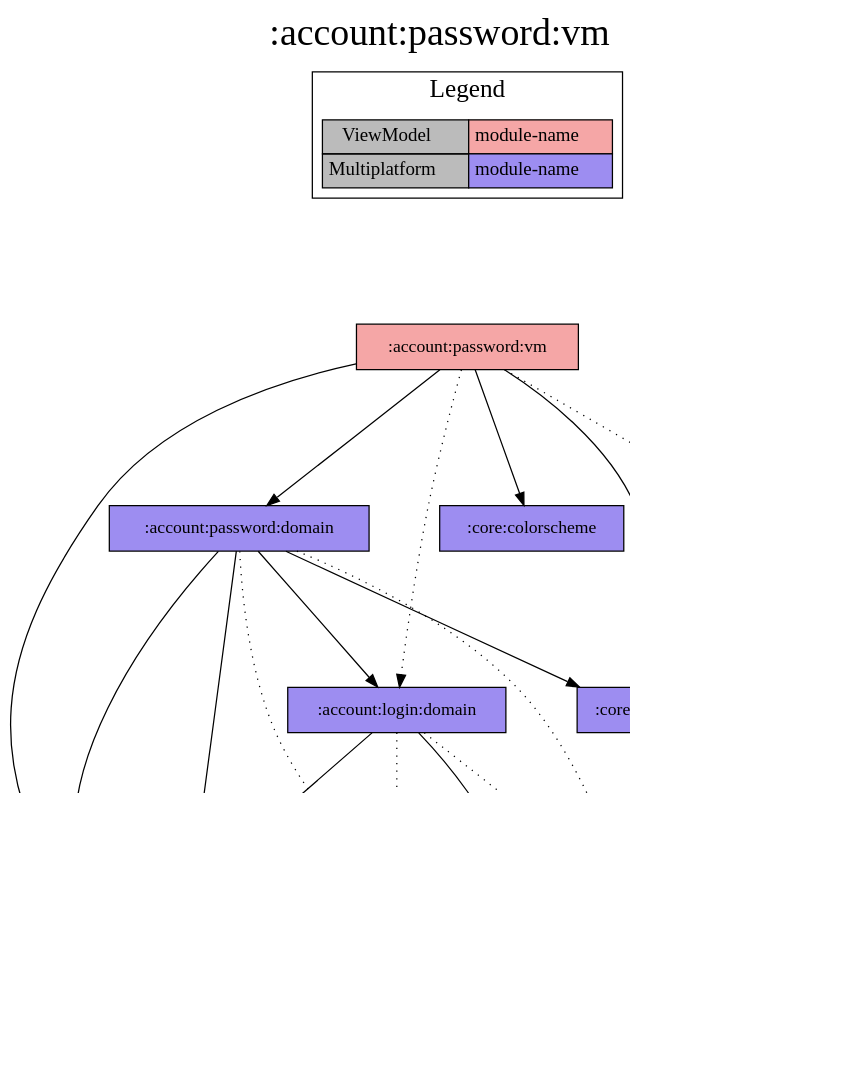
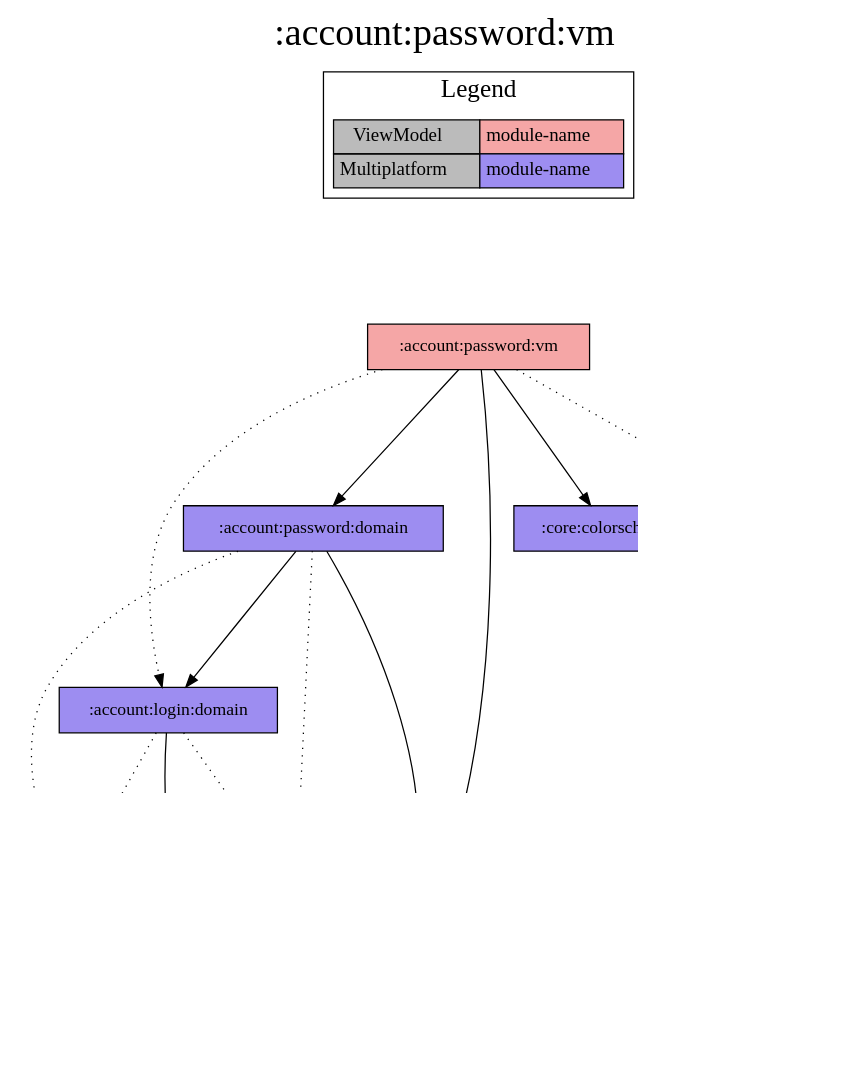
The diagram in modules/account/password/vm/project-dependency-graph.dot (jonapoul/aktual), drawn with Graphviz before and after one commit. The commit also changed 91 other files, not shown here.

```diff
--- a/modules/account/password/vm/project-dependency-graph.dot
+++ b/modules/account/password/vm/project-dependency-graph.dot
@@ -1,51 +1,45 @@
 digraph {
 edge ["dir"="forward"]
 graph ["dpi"="100","label"=":account:password:vm","labelloc"="t","fontsize"="30","ranksep"="1.5","rankdir"="TB"]
 node ["style"="filled"]
 ":account:login:domain" ["fillcolor"="#9D8DF1","shape"="box"]
 ":account:login:prefs" ["fillcolor"="#9D8DF1","shape"="box"]
 ":account:model" ["fillcolor"="#9D8DF1","shape"="box"]
 ":account:password:domain" ["fillcolor"="#9D8DF1","shape"="box"]
 ":account:password:vm" ["fillcolor"="#F5A6A6","shape"="box"]
 ":api:actual" ["fillcolor"="#9D8DF1","shape"="box"]
 ":core:buildconfig" ["fillcolor"="#9D8DF1","shape"="box"]
 ":core:colorscheme" ["fillcolor"="#9D8DF1","shape"="box"]
-":core:coroutines" ["fillcolor"="#9D8DF1","shape"="box"]
-":core:log" ["fillcolor"="#9D8DF1","shape"="box"]
 ":core:versions" ["fillcolor"="#9D8DF1","shape"="box"]
 ":url:model" ["fillcolor"="#9D8DF1","shape"="box"]
 {
 edge ["dir"="none"]
 graph ["rank"="same"]
 }
 ":account:login:domain" -> ":account:login:prefs" ["style"="dotted"]
 ":account:login:domain" -> ":account:model"
 ":account:login:domain" -> ":api:actual" ["style"="dotted"]
-":account:login:domain" -> ":core:coroutines"
 ":account:login:prefs" -> ":account:model"
 ":account:password:domain" -> ":account:login:domain"
 ":account:password:domain" -> ":account:login:prefs" ["style"="dotted"]
 ":account:password:domain" -> ":account:model"
 ":account:password:domain" -> ":api:actual" ["style"="dotted"]
-":account:password:domain" -> ":core:coroutines"
-":account:password:domain" -> ":core:log"
 ":account:password:vm" -> ":account:login:domain" ["style"="dotted"]
 ":account:password:vm" -> ":account:model"
 ":account:password:vm" -> ":account:password:domain"
 ":account:password:vm" -> ":core:colorscheme"
-":account:password:vm" -> ":core:log"
 ":account:password:vm" -> ":core:versions" ["style"="dotted"]
 ":api:actual" -> ":account:model"
 ":api:actual" -> ":url:model"
 ":core:versions" -> ":core:buildconfig"
 subgraph "cluster_legend" {
 edge ["dir"="none"]
 graph ["label"="Legend","fontsize"="20"]
 "Legend" ["style"="filled","fillcolor"="#bbbbbb","shape"="none","margin"="0","fontsize"="15","label"=<
 <TABLE BORDER="0" CELLBORDER="1" CELLSPACING="0" CELLPADDING="4">
 <TR><TD>ViewModel</TD><TD BGCOLOR="#F5A6A6">module-name</TD></TR>
 <TR><TD>Multiplatform</TD><TD BGCOLOR="#9D8DF1">module-name</TD></TR>
 </TABLE>
 >]
 } -> ":account:password:vm" ["style"="invis"]
 }
```
